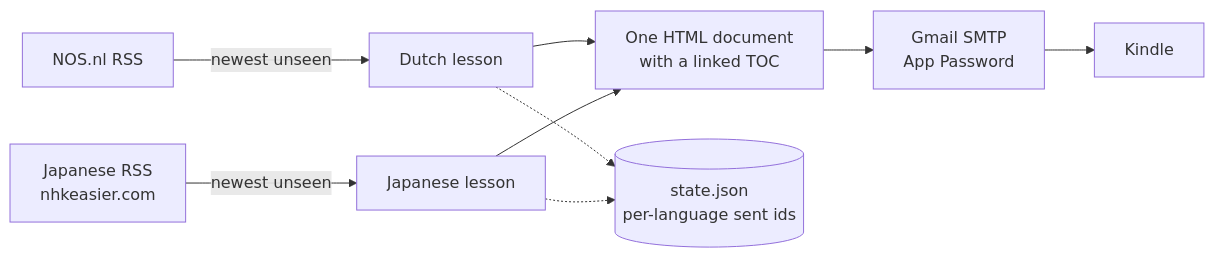
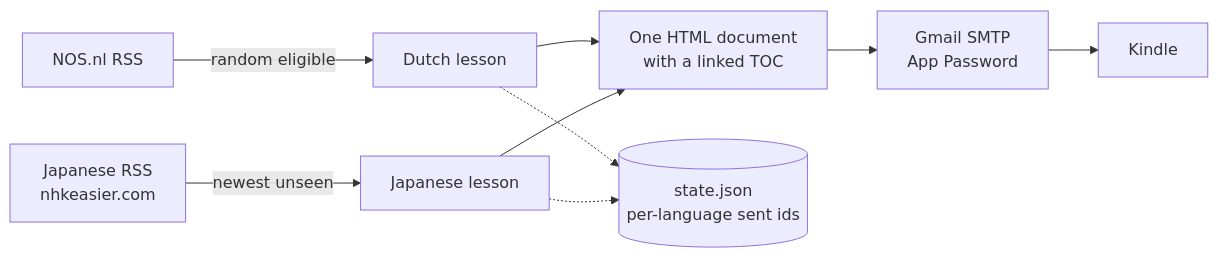
Before and after one commit to Celqaz/dutch-daily: the diagram in README.md, drawn with Mermaid. The commit also changed other lines of this file and 3 other files, not shown here.

````diff
--- a/README.md
+++ b/README.md
@@ -13,11 +13,11 @@
 ```mermaid
 flowchart LR
-    A[NOS.nl RSS] -->|newest unseen| B[Dutch lesson]
+    A[NOS.nl RSS] -->|random eligible| B[Dutch lesson]
     H[Japanese RSS<br/>nhkeasier.com] -->|newest unseen| I[Japanese lesson]
     B --> L[One HTML document<br/>with a linked TOC]
     I --> L
     L --> E[Gmail SMTP<br/>App Password]
     E --> F[Kindle]
     B -.-> G[(state.json<br/>per-language sent ids)]
     I -.-> G
 ```
````
